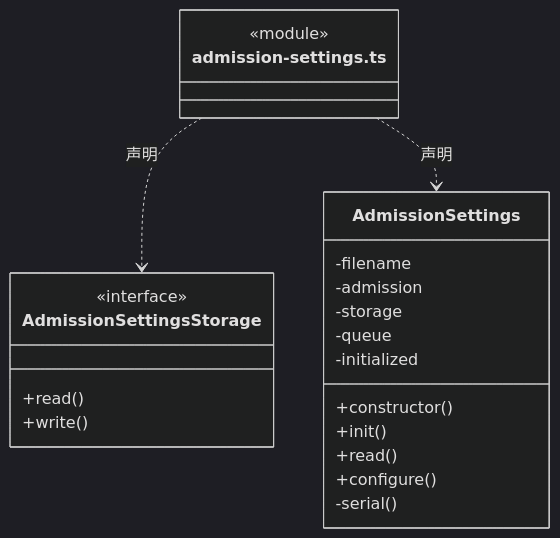
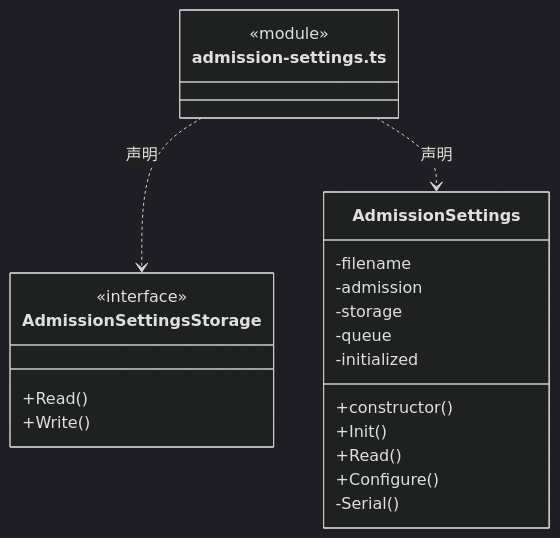
Before and after one commit to nan023062/cbim: the diagram in src/logic/runtime/settings/ARCHITECTURE.md, drawn with Mermaid (dark theme). The commit also changed 1035 other files, not shown here.

````diff
--- a/src/logic/runtime/settings/ARCHITECTURE.md
+++ b/src/logic/runtime/settings/ARCHITECTURE.md
@@ -23,25 +23,25 @@
 ```mermaid
 classDiagram
 class N_src_logic_runtime_settings_admission_settings_ts["admission-settings.ts"] {
   <<module>>
 }
 class N_src_logic_runtime_settings_admission_settings_ts_AdmissionSettingsStorage["AdmissionSettingsStorage"] {
   <<interface>>
-  +read()
-  +write()
+  +Read()
+  +Write()
 }
 N_src_logic_runtime_settings_admission_settings_ts ..> N_src_logic_runtime_settings_admission_settings_ts_AdmissionSettingsStorage : 声明
 class N_src_logic_runtime_settings_admission_settings_ts_AdmissionSettings["AdmissionSettings"] {
   +constructor()
-  +init()
-  +read()
-  +configure()
+  +Init()
+  +Read()
+  +Configure()
   -filename
   -admission
   -storage
   -queue
   -initialized
-  -serial()
+  -Serial()
 }
 N_src_logic_runtime_settings_admission_settings_ts ..> N_src_logic_runtime_settings_admission_settings_ts_AdmissionSettings : 声明
 ```
````
